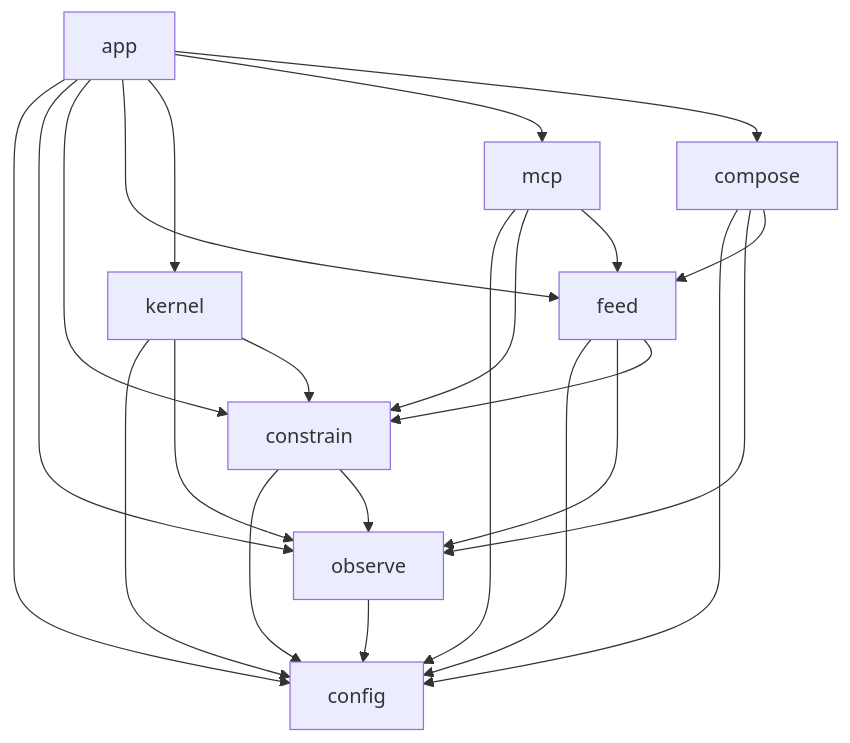
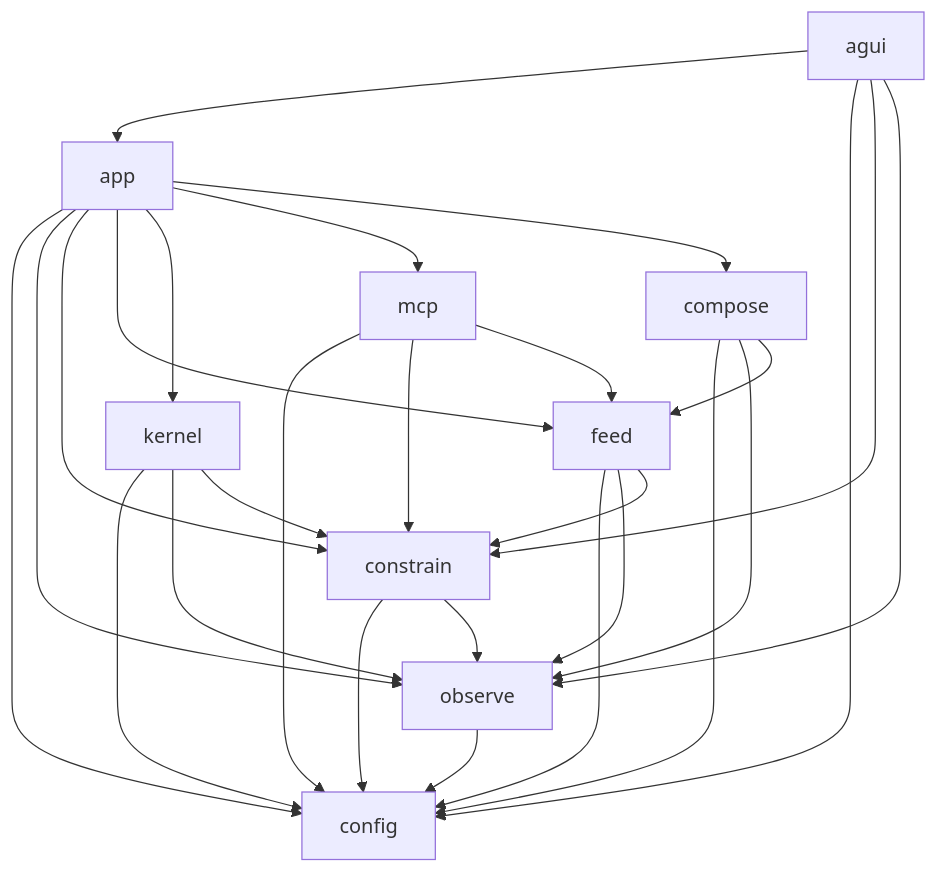
The first of 2 diagrams in crates/apps/rusty_key/docs/ARCHITECTURE.md (Rusty-Mill/rusty_mill), drawn with Mermaid before and after one commit. The commit also changed other lines of this file and 11 other files, not shown here.

````diff
--- a/crates/apps/rusty_key/docs/ARCHITECTURE.md
+++ b/crates/apps/rusty_key/docs/ARCHITECTURE.md
@@ -64,34 +64,39 @@
 ```mermaid
 graph TD
     config[config]
     observe[observe]
     constrain[constrain]
     feed[feed]
     kernel[kernel]
     mcp[mcp]
     compose[compose]
     app[app]
+    agui[agui]
 
     observe --> config
     constrain --> config
     constrain --> observe
     feed --> config
     feed --> observe
     feed --> constrain
     kernel --> config
     kernel --> observe
     kernel --> constrain
     mcp --> config
     mcp --> constrain
     mcp --> feed
     compose --> config
     compose --> observe
     compose --> feed
     app --> config
     app --> observe
     app --> constrain
     app --> feed
     app --> kernel
     app --> mcp
     app --> compose
+    agui --> app
+    agui --> config
+    agui --> constrain
+    agui --> observe
 ```
````
